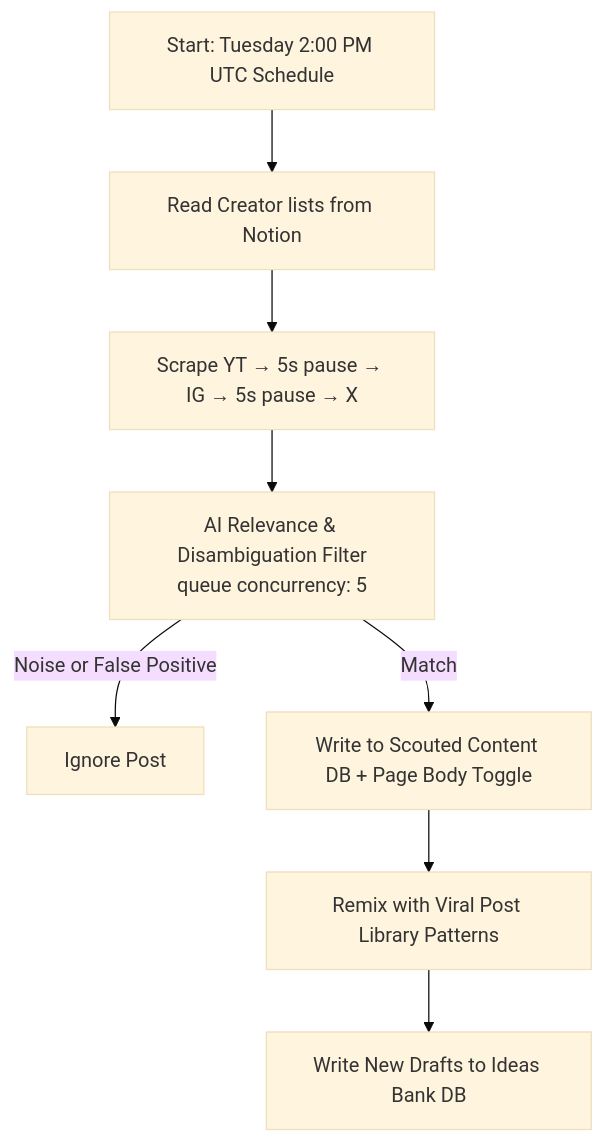
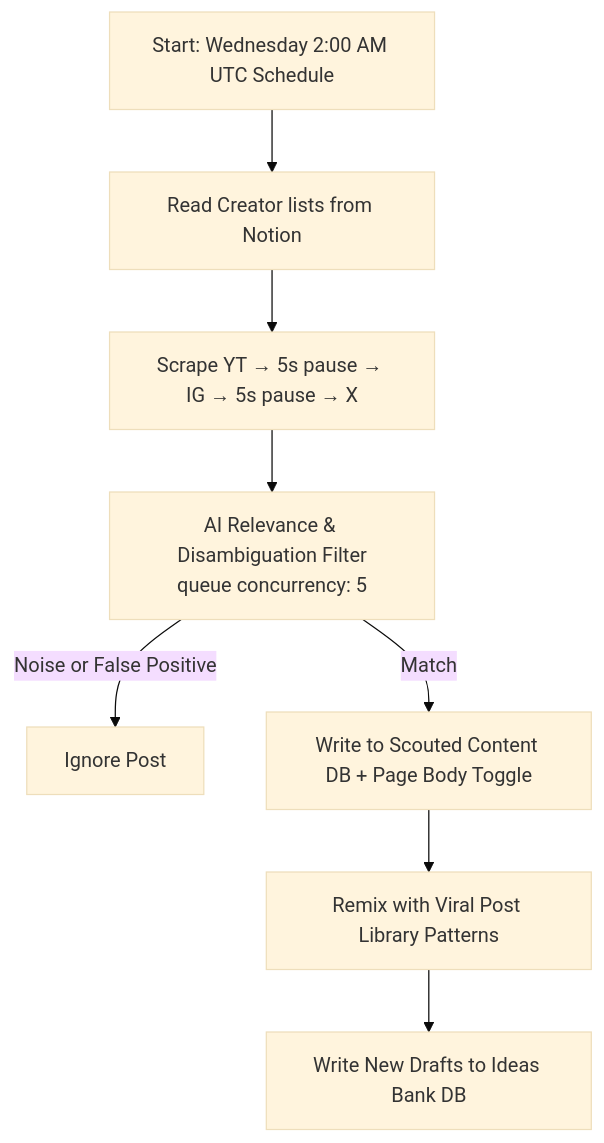
One commit to icaruschan/Idea-Scout changed the diagram in README.md. Above: the diagram before and after it, drawn with Mermaid (base theme). The commit also changed other lines of this file and 3 other files, not shown here.

Commit message:
docs: update schedule to Wednesday 2 AM UTC

````diff
--- a/README.md
+++ b/README.md
@@ -21,10 +21,10 @@
 ```mermaid
 graph TD
-    A[Start: Tuesday 2:00 PM UTC Schedule] --> B[Read Creator lists from Notion]
+    A[Start: Wednesday 2:00 AM UTC Schedule] --> B[Read Creator lists from Notion]
     B --> C[Scrape YT → 5s pause → IG → 5s pause → X]
     C --> D[AI Relevance & Disambiguation Filter<br/>queue concurrency: 5]
     D -->|Noise or False Positive| E[Ignore Post]
     D -->|Match| G[Write to Scouted Content DB + Page Body Toggle]
     G --> H[Remix with Viral Post Library Patterns]
     H --> I[Write New Drafts to Ideas Bank DB]
 ```
````
